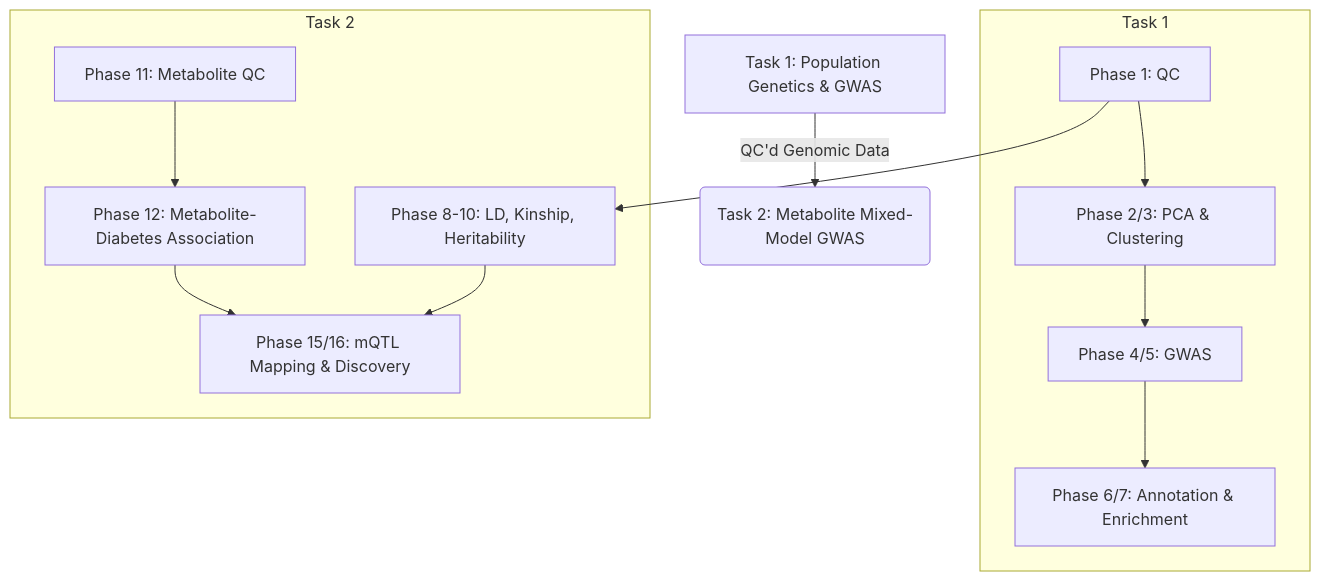
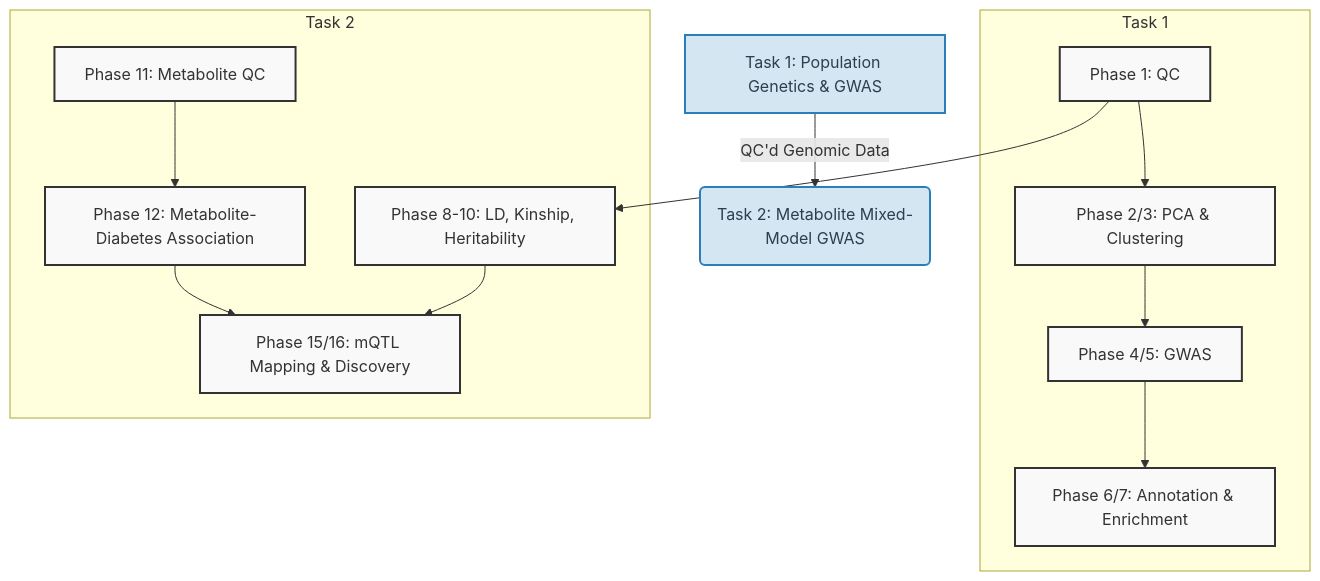
Before and after one commit to omarAhmedFathi/Bioinformatics-Training: the diagram in README.md, drawn with Mermaid. The commit also changed other lines of this file and 2 other files, not shown here.

````diff
--- a/README.md
+++ b/README.md
@@ -9,17 +36,22 @@
 ```mermaid
 graph TD
-    A[Task 1: Population Genetics & GWAS] -->|QC'd Genomic Data| B(Task 2: Metabolite Mixed-Model GWAS)
+    classDef default fill:#f9f9f9,stroke:#333,stroke-width:2px;
+    classDef highlight fill:#d4e6f1,stroke:#2980b9,stroke-width:2px,color:#2c3e50;
+
+    A[Task 1: Population Genetics & GWAS]:::highlight -->|QC'd Genomic Data| B(Task 2: Metabolite Mixed-Model GWAS):::highlight
     
     subgraph Task 1
-    QC[Phase 1: QC] --> PCA[Phase 2/3: PCA & Clustering]
-    PCA --> GWAS[Phase 4/5: GWAS]
-    GWAS --> Annot[Phase 6/7: Annotation & Enrichment]
+        QC[Phase 1: QC] --> PCA[Phase 2/3: PCA & Clustering]
+        PCA --> GWAS[Phase 4/5: GWAS]
+        GWAS --> Annot[Phase 6/7: Annotation & Enrichment]
     end
     
     subgraph Task 2
-    MetabQC[Phase 11: Metabolite QC] --> Assoc[Phase 12: Metabolite-Diabetes Association]
-    QC --> Kinship[Phase 8-10: LD, Kinship, Heritability]
-    Kinship --> mQTL[Phase 15/16: mQTL Mapping & Discovery]
-    Assoc --> mQTL
+        MetabQC[Phase 11: Metabolite QC] --> Assoc[Phase 12: Metabolite-Diabetes Association]
+        QC --> Kinship[Phase 8-10: LD, Kinship, Heritability]
+        Kinship --> mQTL[Phase 15/16: mQTL Mapping & Discovery]
+        Assoc --> mQTL
     end
+    
+    class QC,PCA,GWAS,Annot,MetabQC,Assoc,Kinship,mQTL default;
 ```
````
